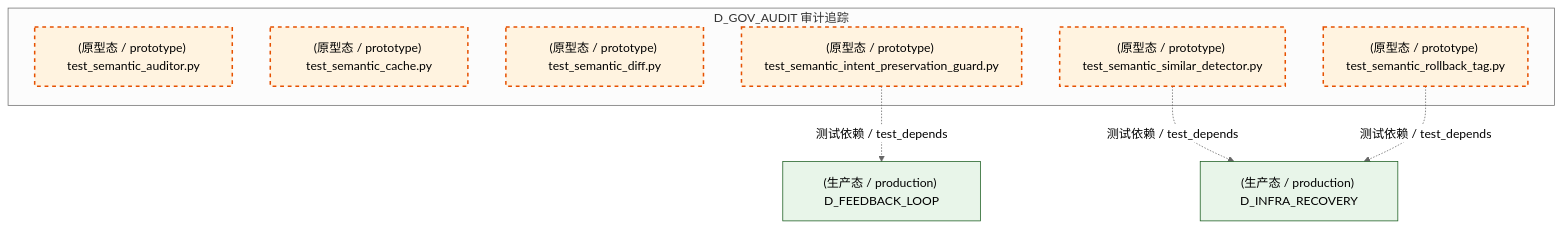
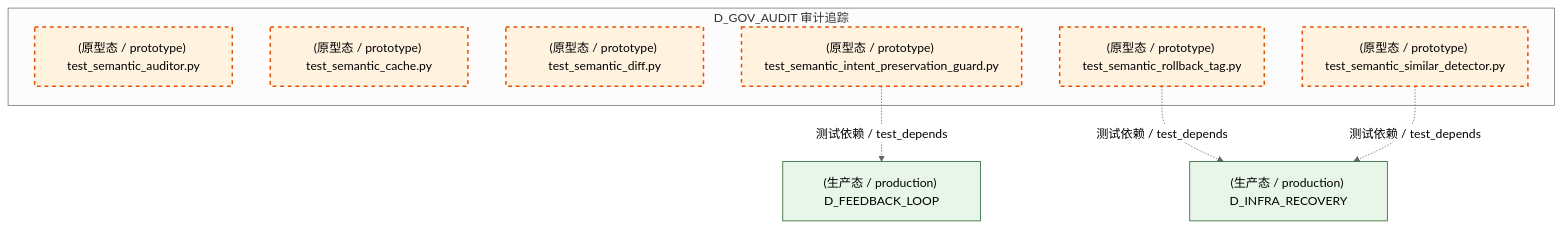
One commit to xuanFelixVan/ZephyrAlpha changed the tenth of 14 diagrams in docs/02_enterprise_architecture/02_domain_architecture_docs/39_d_gov_audit.md. Above: the diagram before and after it, drawn with Mermaid (neutral theme). The commit also changed other lines of this file and 126 other files, not shown here.

````diff
--- a/docs/02_enterprise_architecture/02_domain_architecture_docs/39_d_gov_audit.md
+++ b/docs/02_enterprise_architecture/02_domain_architecture_docs/39_d_gov_audit.md
@@ -967,22 +967,22 @@
 ```mermaid
 graph TD
     subgraph D_GOV_AUDIT["D_GOV_AUDIT 审计追踪"]
         tests_semantic_auditor_test_semantic_auditor_py["(原型态 / prototype) test_semantic_auditor.py"]
         tests_semantic_auditor_test_semantic_cache_py["(原型态 / prototype) test_semantic_cache.py"]
         tests_semantic_auditor_test_semantic_diff_py["(原型态 / prototype) test_semantic_diff.py"]
         tests_semantic_auditor_test_semantic_intent_preservation_guard_py["(原型态 / prototype) test_semantic_intent_preservation_guard.py"]
         tests_semantic_auditor_test_semantic_rollback_tag_py["(原型态 / prototype) test_semantic_rollback_tag.py"]
         tests_semantic_auditor_test_semantic_similar_detector_py["(原型态 / prototype) test_semantic_similar_detector.py"]
     end
-    D_INFRA_RECOVERY["(生产态 / production) D_INFRA_RECOVERY"]
-    tests_semantic_auditor_test_semantic_similar_detector_py -.->|测试依赖 / test_depends| D_INFRA_RECOVERY
     D_FEEDBACK_LOOP["(生产态 / production) D_FEEDBACK_LOOP"]
     tests_semantic_auditor_test_semantic_intent_preservation_guard_py -.->|测试依赖 / test_depends| D_FEEDBACK_LOOP
+    D_INFRA_RECOVERY["(生产态 / production) D_INFRA_RECOVERY"]
     tests_semantic_auditor_test_semantic_rollback_tag_py -.->|测试依赖 / test_depends| D_INFRA_RECOVERY
+    tests_semantic_auditor_test_semantic_similar_detector_py -.->|测试依赖 / test_depends| D_INFRA_RECOVERY
     classDef production fill:#e1f5fe,stroke:#01579b,stroke-width:2px,color:#000
     classDef design fill:#fff3e0,stroke:#e65100,stroke-width:2px,color:#000,stroke-dasharray: 5 5
     classDef external_prod fill:#e8f5e9,stroke:#1b5e20,stroke-width:1px,color:#000
     classDef external_design fill:#fce4ec,stroke:#880e4f,stroke-width:1px,color:#000,stroke-dasharray: 5 5
     class tests_semantic_auditor_test_semantic_auditor_py,tests_semantic_auditor_test_semantic_cache_py,tests_semantic_auditor_test_semantic_diff_py,tests_semantic_auditor_test_semantic_intent_preservation_guard_py,tests_semantic_auditor_test_semantic_rollback_tag_py,tests_semantic_auditor_test_semantic_similar_detector_py design
-    class D_INFRA_RECOVERY,D_FEEDBACK_LOOP external_prod
+    class D_FEEDBACK_LOOP,D_INFRA_RECOVERY external_prod
 ```
````
